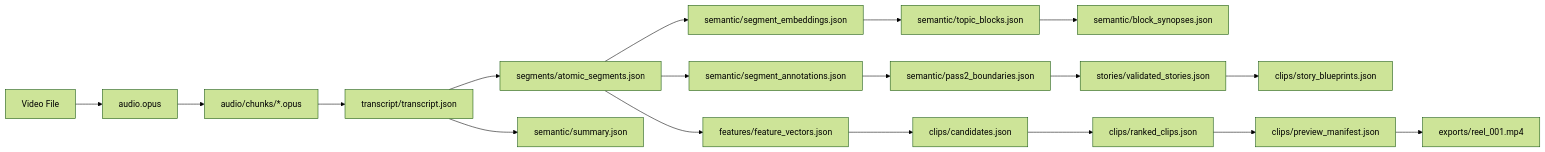
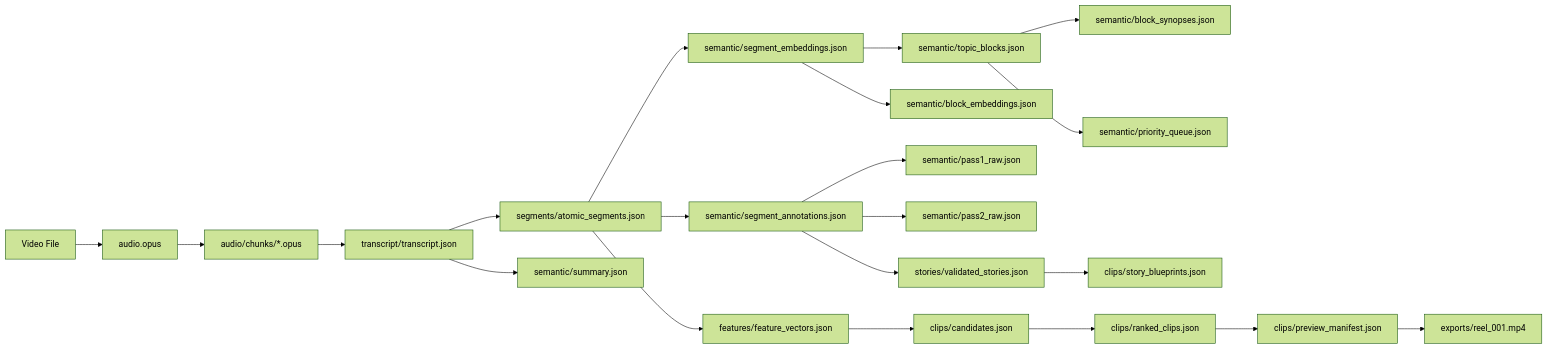
Before and after one commit to samm329-ui/Trimora_v2: the fourth of 15 diagrams in README.md, drawn with Mermaid (forest theme). The commit also changed other lines of this file, not shown here.

Commit message:
Update README with LLM Scheduler architecture and fixed diagrams

````diff
--- a/README.md
+++ b/README.md
@@ -396,20 +403,23 @@
 ```mermaid
 flowchart LR
     VIDEO["Video File"] --> AUDIO["audio.opus"]
     AUDIO --> CHUNKS["audio/chunks/*.opus"]
     CHUNKS --> TRANSCRIPT["transcript/transcript.json"]
     TRANSCRIPT --> SEGMENTS["segments/atomic_segments.json"]
     SEGMENTS --> FEATURES["features/feature_vectors.json"]
     SEGMENTS --> EMBEDDINGS["semantic/segment_embeddings.json"]
     EMBEDDINGS --> BLOCKS["semantic/topic_blocks.json"]
+    EMBEDDINGS --> BLOCK_EMB["semantic/block_embeddings.json"]
     BLOCKS --> SYNOPSES["semantic/block_synopses.json"]
+    BLOCKS --> PQ["semantic/priority_queue.json"]
     TRANSCRIPT --> SUMMARY["semantic/summary.json"]
     SEGMENTS --> ANNOTATIONS["semantic/segment_annotations.json"]
-    ANNOTATIONS --> BOUNDARIES["semantic/pass2_boundaries.json"]
-    BOUNDARIES --> STORIES["stories/validated_stories.json"]
+    ANNOTATIONS --> PASS1_RAW["semantic/pass1_raw.json"]
+    ANNOTATIONS --> PASS2_RAW["semantic/pass2_raw.json"]
+    ANNOTATIONS --> STORIES["stories/validated_stories.json"]
     STORIES --> BLUEPRINTS["clips/story_blueprints.json"]
     FEATURES --> CANDIDATES["clips/candidates.json"]
     CANDIDATES --> RANKED["clips/ranked_clips.json"]
     RANKED --> PREVIEW["clips/preview_manifest.json"]
     PREVIEW --> EXPORT["exports/reel_001.mp4"]
 ```
````
